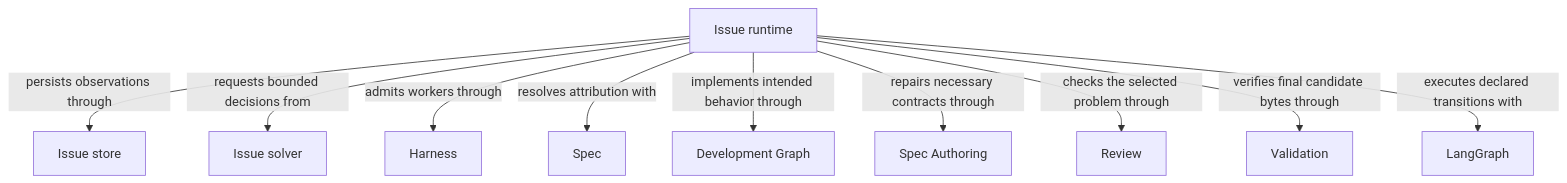
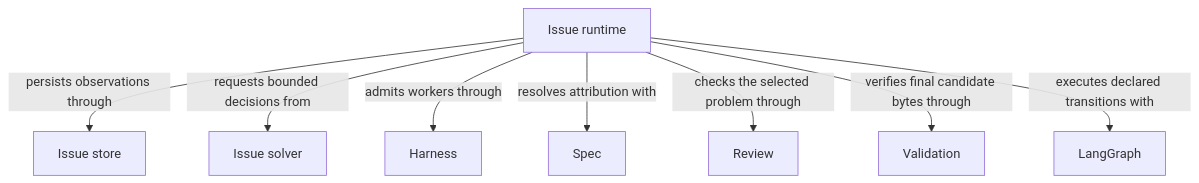
Before and after one commit to FTOD/concorde: the second of 2 diagrams in specs/concorde/issues/module.md, drawn with Mermaid. The commit also changed other lines of this file and 276 other files, not shown here.

````diff
--- a/specs/concorde/issues/module.md
+++ b/specs/concorde/issues/module.md
@@ -115,24 +114,20 @@
 ```mermaid
 flowchart TB
     accTitle: Issue reporting and solving
-    accDescr: The runtime stores classified observations, binds a solver decision and uses ordinary development, Spec repair, review and validation without automatic delivery.
+    accDescr: The runtime stores classified observations, binds a solver decision and returns needed edits to the caller and uses review and validation without automatic delivery.
     runtime["Issue runtime"]
     store["Issue store"]
     solver["Issue solver"]
     harness["Harness"]
     spec["Spec"]
-    loop["Development Graph"]
-    author["Spec Authoring"]
     review["Review"]
     validation["Validation"]
     langgraph["LangGraph"]
     runtime -->|persists observations through| store
     runtime -->|requests bounded decisions from| solver
     runtime -->|admits workers through| harness
     runtime -->|resolves attribution with| spec
-    runtime -->|implements intended behavior through| loop
-    runtime -->|repairs necessary contracts through| author
     runtime -->|checks the selected problem through| review
     runtime -->|verifies final candidate bytes through| validation
     runtime -->|executes declared transitions with| langgraph
 ```
````
